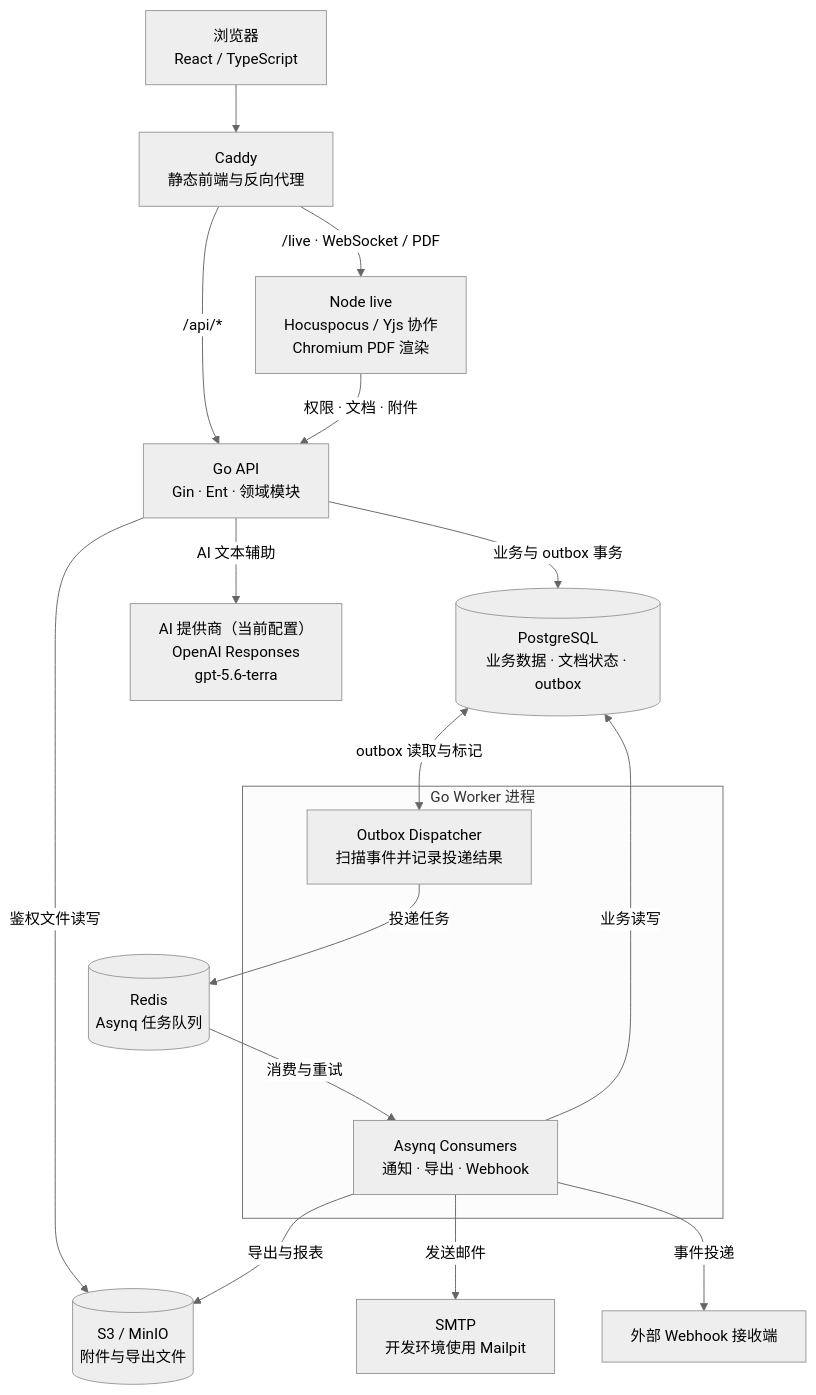
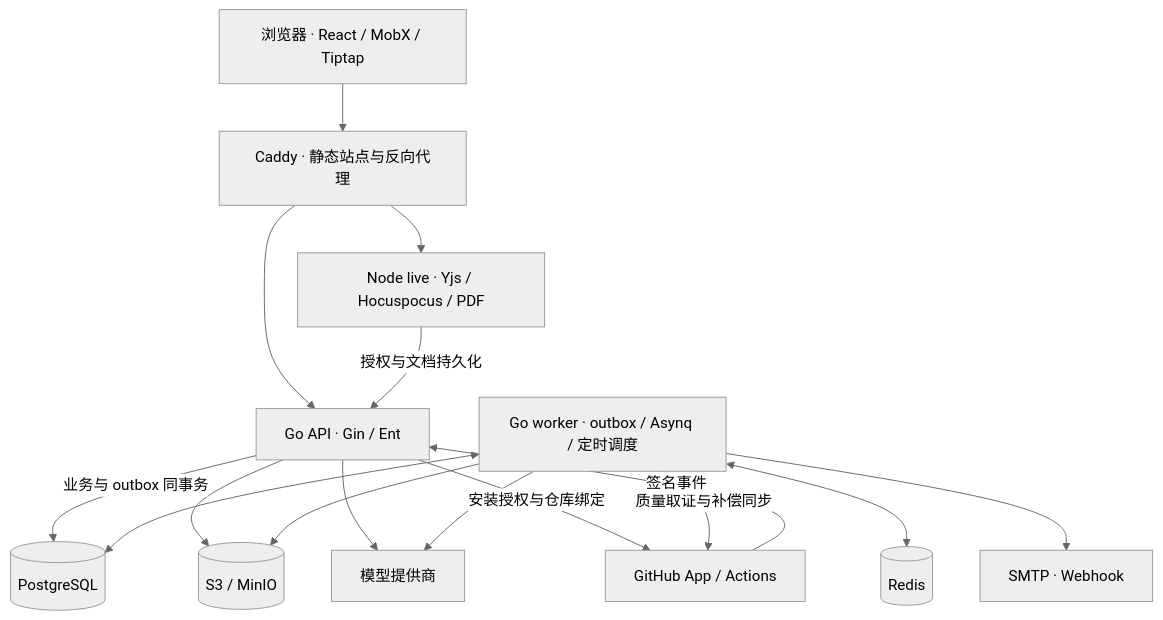
The diagram in README.md (3219378872/my-jira), drawn with Mermaid (neutral theme) before and after one commit. The commit also changed other lines of this file, not shown here.

````diff
--- a/README.md
+++ b/README.md
@@ -39,34 +158,18 @@
 ```mermaid
 flowchart TB
-    browser["浏览器<br/>React / TypeScript"]
-    web["Caddy<br/>静态前端与反向代理"]
-    api["Go API<br/>Gin · Ent · 领域模块"]
-    live["Node live<br/>Hocuspocus / Yjs 协作<br/>Chromium PDF 渲染"]
-    postgres[("PostgreSQL<br/>业务数据 · 文档状态 · outbox")]
-    redis[("Redis<br/>Asynq 任务队列")]
-    s3[("S3 / MinIO<br/>附件与导出文件")]
-
-    subgraph worker["Go Worker 进程"]
-        dispatcher["Outbox Dispatcher<br/>扫描事件并记录投递结果"]
-        consumers["Asynq Consumers<br/>通知 · 导出 · Webhook"]
-    end
-
-    smtp["SMTP<br/>开发环境使用 Mailpit"]
-    webhook["外部 Webhook 接收端"]
-    ai["AI 提供商（当前配置）<br/>OpenAI Responses<br/>gpt-5.6-terra"]
-
-    browser --> web
-    web -->|/api/*| api
-    web -->|/live · WebSocket / PDF| live
-    live -->|权限 · 文档 · 附件| api
-    api -->|业务与 outbox 事务| postgres
-    postgres <-->|outbox 读取与标记| dispatcher
-    dispatcher -->|投递任务| redis
-    redis -->|消费与重试| consumers
-    consumers -->|业务读写| postgres
-    api -->|鉴权文件读写| s3
-    consumers -->|导出与报表| s3
-    consumers -->|发送邮件| smtp
-    consumers -->|事件投递| webhook
-    api -->|AI 文本辅助| ai
+    browser["浏览器 · React / MobX / Tiptap"] --> gateway["Caddy · 静态站点与反向代理"]
+    gateway --> api["Go API · Gin / Ent"]
+    gateway --> live["Node live · Yjs / Hocuspocus / PDF"]
+    live -->|授权与文档持久化| api
+    api -->|业务与 outbox 同事务| postgres[(PostgreSQL)]
+    worker["Go worker · outbox / Asynq / 定时调度"] <--> postgres
+    worker <--> redis[(Redis)]
+    api --> storage[(S3 / MinIO)]
+    worker --> storage
+    api --> model["模型提供商"]
+    worker --> model
+    worker --> external["SMTP · Webhook"]
+    api -->|安装授权与仓库绑定| github["GitHub App / Actions"]
+    worker -->|质量取证与补偿同步| github
+    github -->|签名事件| api
 ```
````
